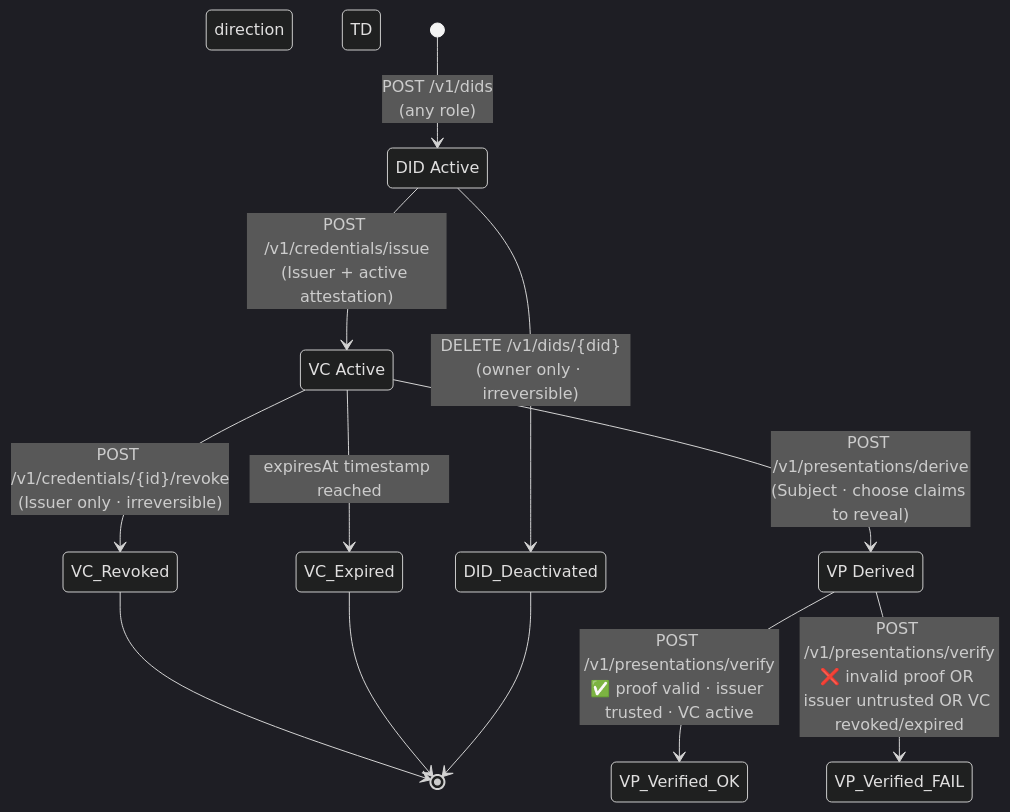
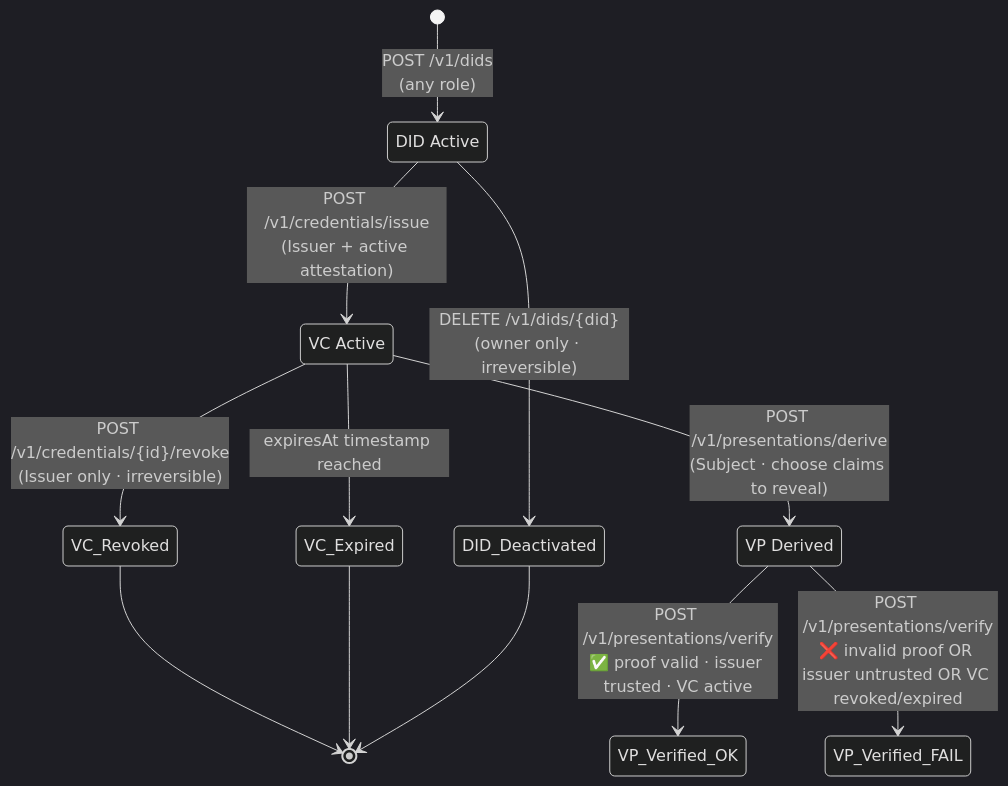
The second of 3 diagrams in README.md (fparanso/did-api), drawn with Mermaid (dark theme) before and after one commit.

````diff
--- a/README.md
+++ b/README.md
@@ -112,22 +112,22 @@
 ```mermaid
 stateDiagram-v2
-    direction TD
+    direction TB
     [*] --> DID_Active : POST /v1/dids<br>(any role)
     state "DID Active" as DID_Active
     state "VC Active" as VC_Active
     state "VP Derived" as VP_Derived
 
     DID_Active --> DID_Deactivated : DELETE /v1/dids/{did}<br>(owner only · irreversible)
     DID_Active --> VC_Active : POST /v1/credentials/issue<br>(Issuer + active attestation)
 
     VC_Active --> VP_Derived : POST /v1/presentations/derive<br>(Subject · choose claims to reveal)
     VC_Active --> VC_Revoked : POST /v1/credentials/{id}/revoke<br>(Issuer only · irreversible)
     VC_Active --> VC_Expired : expiresAt timestamp reached
 
     VP_Derived --> VP_Verified_OK : POST /v1/presentations/verify<br>✅ proof valid · issuer trusted · VC active
     VP_Derived --> VP_Verified_FAIL : POST /v1/presentations/verify<br>❌ invalid proof OR issuer untrusted OR VC revoked/expired
 
     VC_Revoked --> [*]
     VC_Expired --> [*]
     DID_Deactivated --> [*]
 ```
````
